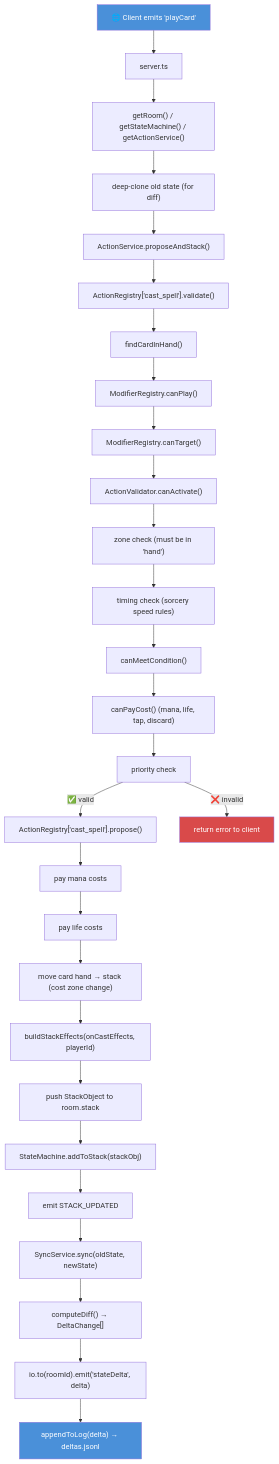
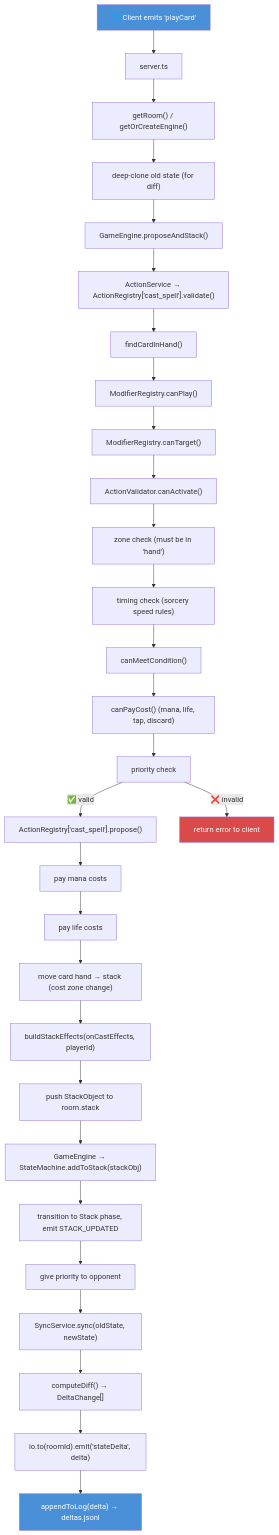
The first of 4 diagrams in ARCHITECTURE.md (sschan39/card-game), drawn with Mermaid before and after one commit. The commit also changed other lines of this file and 1 other file, not shown here.

````diff
--- a/ARCHITECTURE.md
+++ b/ARCHITECTURE.md
@@ -338,39 +448,40 @@
 ```mermaid
 flowchart TD
     A["🌐 Client emits 'playCard'"] --> B["server.ts"]
-    B --> C["getRoom() / getStateMachine() / getActionService()"]
+    B --> C["getRoom() / getOrCreateEngine()"]
     C --> D["deep-clone old state (for diff)"]
-    D --> E["ActionService.proposeAndStack()"]
+    D --> E["GameEngine.proposeAndStack()"]
 
-    E --> F["ActionRegistry['cast_spell'].validate()"]
+    E --> F["ActionService → ActionRegistry['cast_spell'].validate()"]
     F --> F1["findCardInHand()"]
     F1 --> F2["ModifierRegistry.canPlay()"]
     F2 --> F3["ModifierRegistry.canTarget()"]
     F3 --> F4["ActionValidator.canActivate()"]
     F4 --> F4a["zone check (must be in 'hand')"]
     F4a --> F4b["timing check (sorcery speed rules)"]
     F4b --> F4c["canMeetCondition()"]
     F4c --> F4d["canPayCost() (mana, life, tap, discard)"]
     F4d --> F4e["priority check"]
 
     F4e -->|✅ valid| G["ActionRegistry['cast_spell'].propose()"]
     F4e -->|❌ invalid| FAIL["return error to client"]
 
     G --> G1["pay mana costs"]
     G1 --> G2["pay life costs"]
     G2 --> G3["move card hand → stack (cost zone change)"]
     G3 --> G4["buildStackEffects(onCastEffects, playerId)"]
     G4 --> G5["push StackObject to room.stack"]
 
-    G5 --> H["StateMachine.addToStack(stackObj)"]
-    H --> H1["emit STACK_UPDATED"]
+    G5 --> H["GameEngine → StateMachine.addToStack(stackObj)"]
+    H --> H1["transition to Stack phase, emit STACK_UPDATED"]
+    H1 --> H2["give priority to opponent"]
 
-    H1 --> I["SyncService.sync(oldState, newState)"]
+    H2 --> I["SyncService.sync(oldState, newState)"]
     I --> I1["computeDiff() → DeltaChange[]"]
     I1 --> I2["io.to(roomId).emit('stateDelta', delta)"]
     I2 --> I3["appendToLog(delta) → deltas.jsonl"]
 
     style A fill:#4a90d9,color:#fff
     style FAIL fill:#d94a4a,color:#fff
     style I3 fill:#4a90d9,color:#fff
 ```
````
